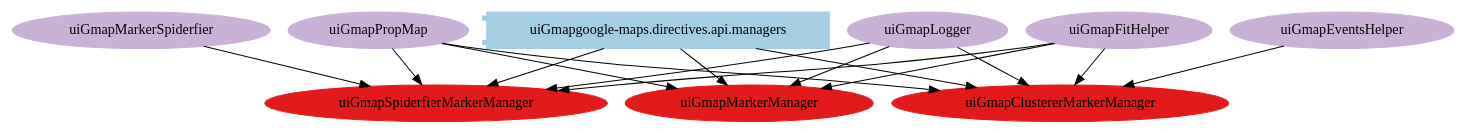
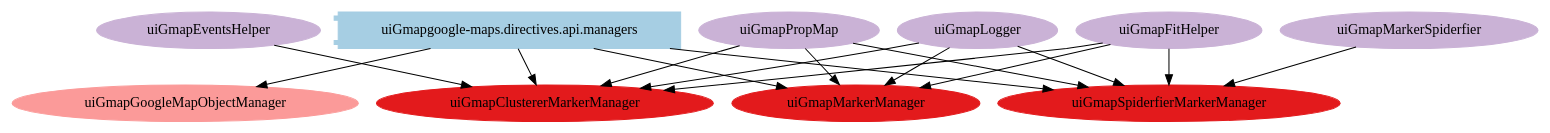
Before and after one commit to angular-ui/angular-google-maps: the diagram in dist/architecture/dot/modules/uiGmapgoogle-maps.directives.api.managers.dot, drawn with Graphviz. The commit also changed 17 other files, not shown here.

Commit message:
Reuse google.maps.Map instance between directive instantiations to reduce memory leakage (limit of one google map per screen).

```diff
--- a/dist/architecture/dot/modules/uiGmapgoogle-maps.directives.api.managers.dot
+++ b/dist/architecture/dot/modules/uiGmapgoogle-maps.directives.api.managers.dot
@@ -1,97 +1,102 @@
 digraph dependencies {
   node[shape="component",style="filled",colorscheme=paired12]
 
 
     node[shape="component"]
     "uiGmapgoogle-maps.directives.api.managers"[label="uiGmapgoogle-maps.directives.api.managers", color=1]
 
     
 
 
     node[shape="ellipse"]
     
 
 
     
 
+    
+      "uiGmapGoogleMapObjectManager"[label="uiGmapGoogleMapObjectManager", color=5]
+      "uiGmapgoogle-maps.directives.api.managers" -> "uiGmapGoogleMapObjectManager"
     
 
     
       "uiGmapClustererMarkerManager"[label="uiGmapClustererMarkerManager", color=6]
       "uiGmapgoogle-maps.directives.api.managers" -> "uiGmapClustererMarkerManager"
     
       "uiGmapMarkerManager"[label="uiGmapMarkerManager", color=6]
       "uiGmapgoogle-maps.directives.api.managers" -> "uiGmapMarkerManager"
     
       "uiGmapSpiderfierMarkerManager"[label="uiGmapSpiderfierMarkerManager", color=6]
       "uiGmapgoogle-maps.directives.api.managers" -> "uiGmapSpiderfierMarkerManager"
     
 
     node[shape="cds"]
     
 
     
 
 
 
 
 
 
 
 
 
     node[shape="ellipse",style="filled", color=9]
     
 
     
 
 
     
 
+    
+      
     
 
     
       
         "uiGmapLogger"[label="uiGmapLogger"]
         "uiGmapLogger" -> "uiGmapClustererMarkerManager"
       
         "uiGmapFitHelper"[label="uiGmapFitHelper"]
         "uiGmapFitHelper" -> "uiGmapClustererMarkerManager"
       
         "uiGmapPropMap"[label="uiGmapPropMap"]
         "uiGmapPropMap" -> "uiGmapClustererMarkerManager"
       
         "uiGmapEventsHelper"[label="uiGmapEventsHelper"]
         "uiGmapEventsHelper" -> "uiGmapClustererMarkerManager"
       
     
       
         "uiGmapLogger"[label="uiGmapLogger"]
         "uiGmapLogger" -> "uiGmapMarkerManager"
       
         "uiGmapFitHelper"[label="uiGmapFitHelper"]
         "uiGmapFitHelper" -> "uiGmapMarkerManager"
       
         "uiGmapPropMap"[label="uiGmapPropMap"]
         "uiGmapPropMap" -> "uiGmapMarkerManager"
       
     
       
         "uiGmapLogger"[label="uiGmapLogger"]
         "uiGmapLogger" -> "uiGmapSpiderfierMarkerManager"
       
         "uiGmapFitHelper"[label="uiGmapFitHelper"]
         "uiGmapFitHelper" -> "uiGmapSpiderfierMarkerManager"
       
         "uiGmapPropMap"[label="uiGmapPropMap"]
         "uiGmapPropMap" -> "uiGmapSpiderfierMarkerManager"
       
         "uiGmapMarkerSpiderfier"[label="uiGmapMarkerSpiderfier"]
         "uiGmapMarkerSpiderfier" -> "uiGmapSpiderfierMarkerManager"
       
     
 
     
 
 
 }
```
